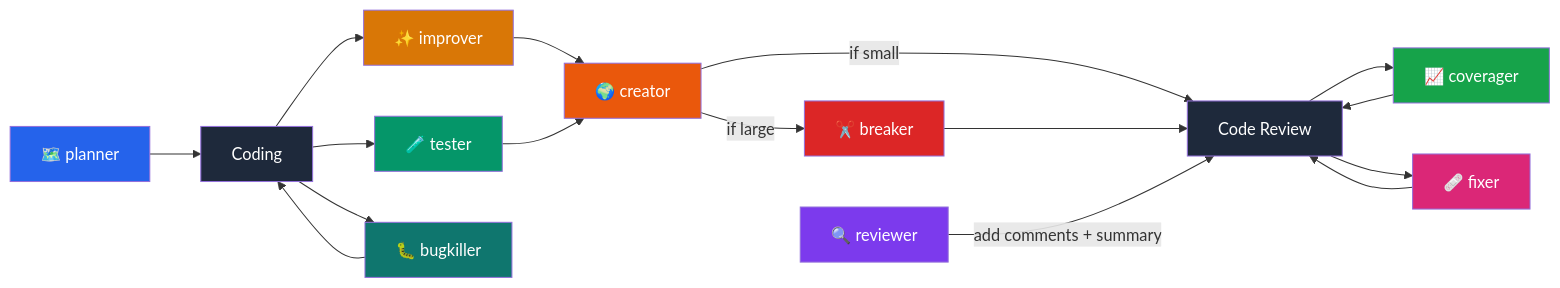
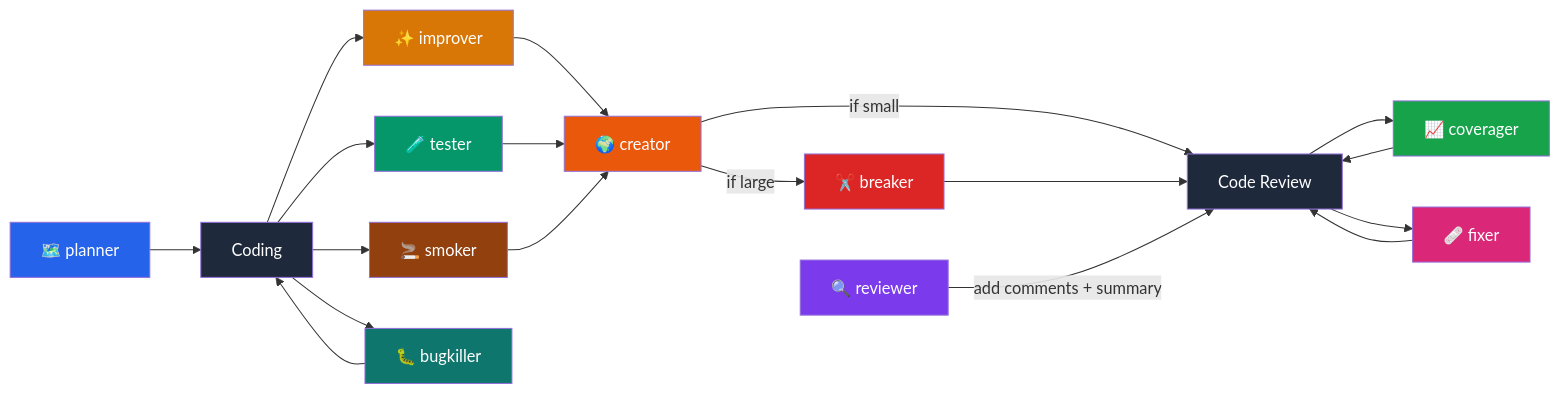
Before and after one commit to Victorcorcos/skills: the diagram in README.md, drawn with Mermaid. The commit also changed other lines of this file and 3 other files, not shown here.

````diff
--- a/README.md
+++ b/README.md
@@ -58,30 +59,33 @@
 ```mermaid
 flowchart LR
     A[🗺️ planner] --> B[Coding]
     B --> C[✨ improver]
     B --> D[🧪 tester]
+    B --> L[🚬 smoker]
     C --> E[🌍 creator]
     D --> E[🌍 creator]
+    L --> E[🌍 creator]
     E -->|if small| F[Code Review]
     E -->|if large| G[✂️ breaker]
     G --> F
     I[🔍 reviewer] -->|add comments + summary| F
     F --> J[📈 coverager]
     J --> F
     F --> H[🩹 fixer]
     H --> F
     B --> K[🐛 bugkiller]
     K --> B
 
     style A fill:#2563EB,color:#fff
     style C fill:#D97706,color:#fff
     style D fill:#059669,color:#fff
     style E fill:#EA580C,color:#fff
     style F fill:#1e293b,color:#fff
     style G fill:#DC2626,color:#fff
     style H fill:#DB2777,color:#fff
     style I fill:#7C3AED,color:#fff
     style J fill:#16a34a,color:#fff
     style K fill:#0f766e,color:#fff
+    style L fill:#92400e,color:#fff
     style B fill:#1e293b,color:#fff
 ```
````
